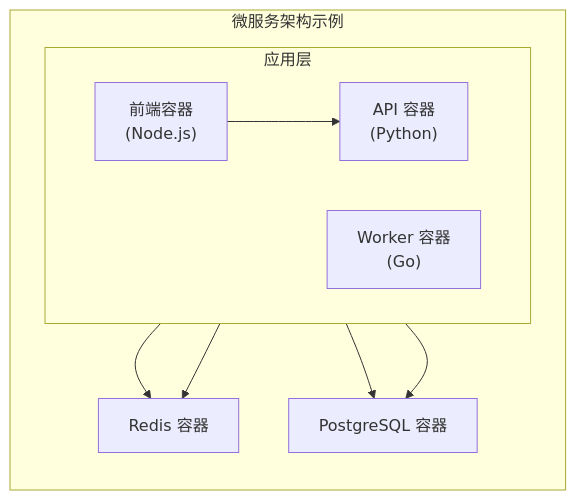
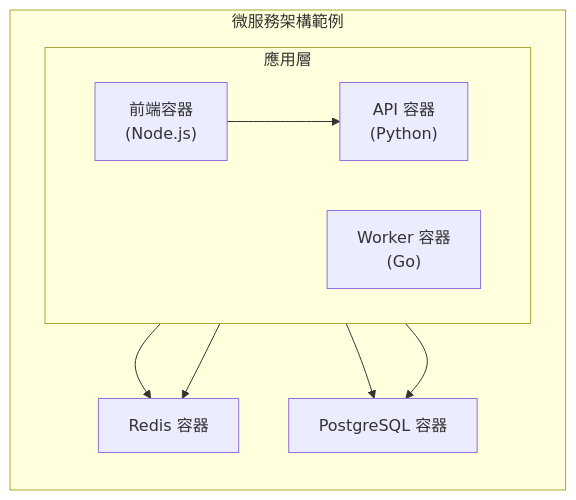
The fourth of 4 diagrams in 01_introduction/1.3_why.md (doggy8088/docker_practice), drawn with Mermaid before and after one commit. The commit also changed other lines of this file and 211 other files, not shown here.

````diff
--- a/01_introduction/1.3_why.md
+++ b/01_introduction/1.3_why.md
@@ -168,20 +168,20 @@
 ```mermaid
 flowchart TD
-    subgraph Microservices ["微服务架构示例"]
+    subgraph Microservices ["微服務架構範例"]
         direction TB
-        subgraph AppLayer ["应用层"]
+        subgraph AppLayer ["應用層"]
             direction LR
             Frontend["前端容器<br/>(Node.js)"]
             API["API 容器<br/>(Python)"]
             Worker["Worker 容器<br/>(Go)"]
         end
         Redis["Redis 容器"]
         DB["PostgreSQL 容器"]
 
         Frontend --> API
         API --> Redis
         API --> DB
         Worker --> Redis
         Worker --> DB
     end
 ```
````
